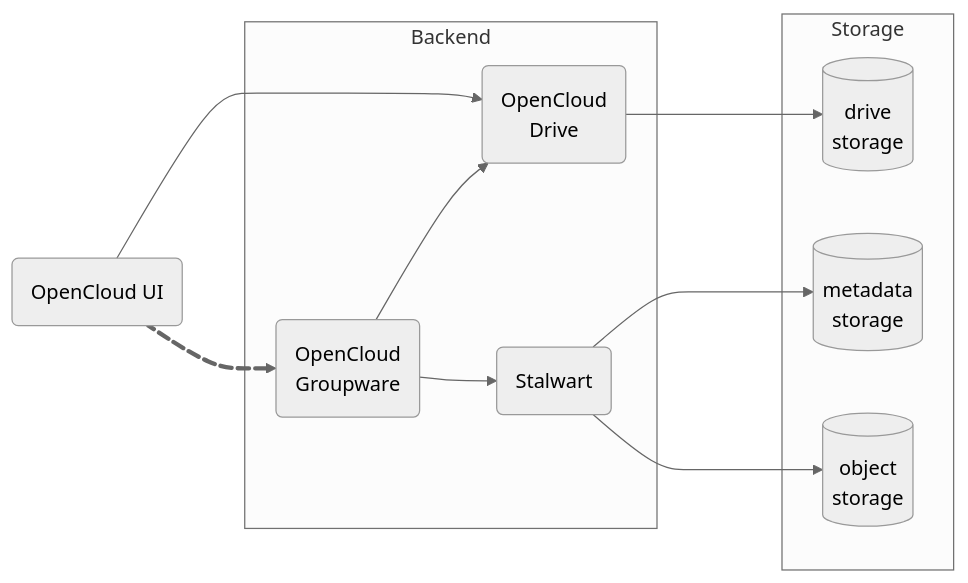
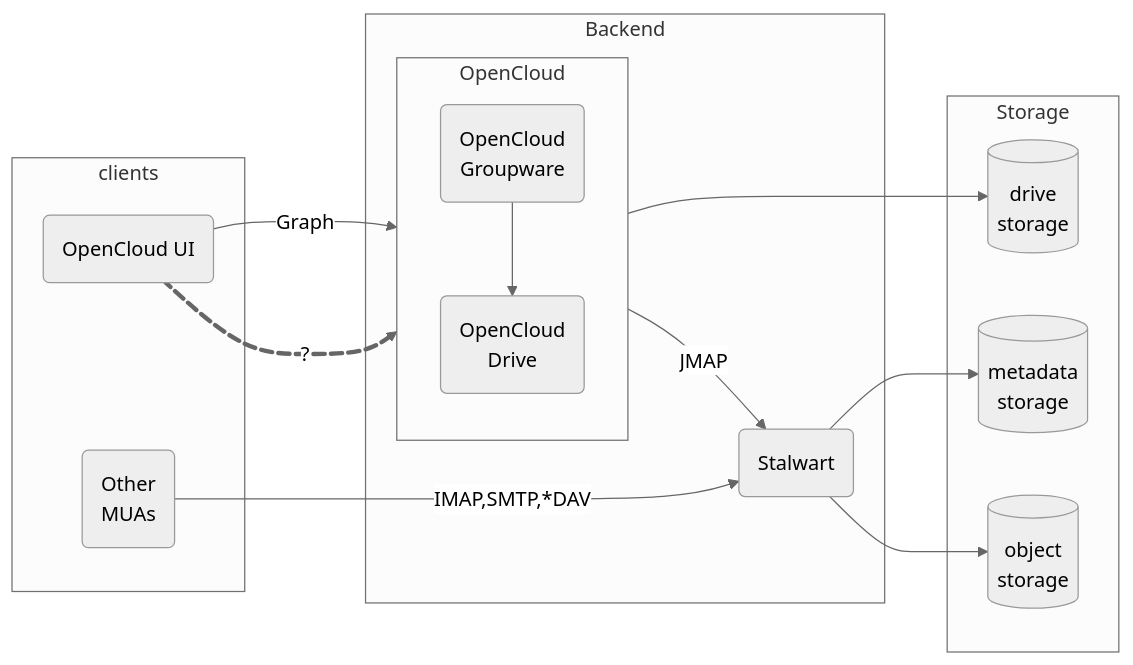
Before and after one commit to mrodozov/opencloud: the first of 4 diagrams in docs/adr/groupware/0006-webui-api.md, drawn with Mermaid (neutral theme). The commit also changed other lines of this file, not shown here.

````diff
--- a/docs/adr/groupware/0006-webui-api.md
+++ b/docs/adr/groupware/0006-webui-api.md
@@ -25,22 +31,29 @@
 ```mermaid
 graph LR
-  c(OpenCloud UI)
+  subgraph clients
+    ui(OpenCloud UI)
+    muas(Other<br>MUAs)
+  end
   subgraph Backend
-    g("OpenCloud<br>Groupware")
-    o("OpenCloud<br>Drive")
-    s(Stalwart)
+    subgraph OpenCloud
+      direction TB
+      groupware("OpenCloud<br>Groupware")
+      drive("OpenCloud<br>Drive")
+    end
+    stalwart(Stalwart)
   end
   subgraph Storage
-    ds[(drive<br>storage)]
-    mds[(metadata<br>storage)]
-    ms[(object<br>storage)]
+    drive_storage[(drive<br>storage)]
+    stalwart_metadata[(metadata<br>storage)]
+    stalwart_storage[(object<br>storage)]
   end
-  c x@==>g
+  ui x@==>|?|groupware
   x@{ animate: true }
-  g-->o
-  g-->s
-  c-->o
-  o-->ds
-  s-->mds
-  s-->ms
+  ui-->|Graph|drive
+  muas-->|IMAP,SMTP,*DAV|stalwart
+  groupware-->drive
+  groupware-->|JMAP|stalwart
+  drive-->drive_storage
+  stalwart-->stalwart_metadata
+  stalwart-->stalwart_storage
 ```
````
